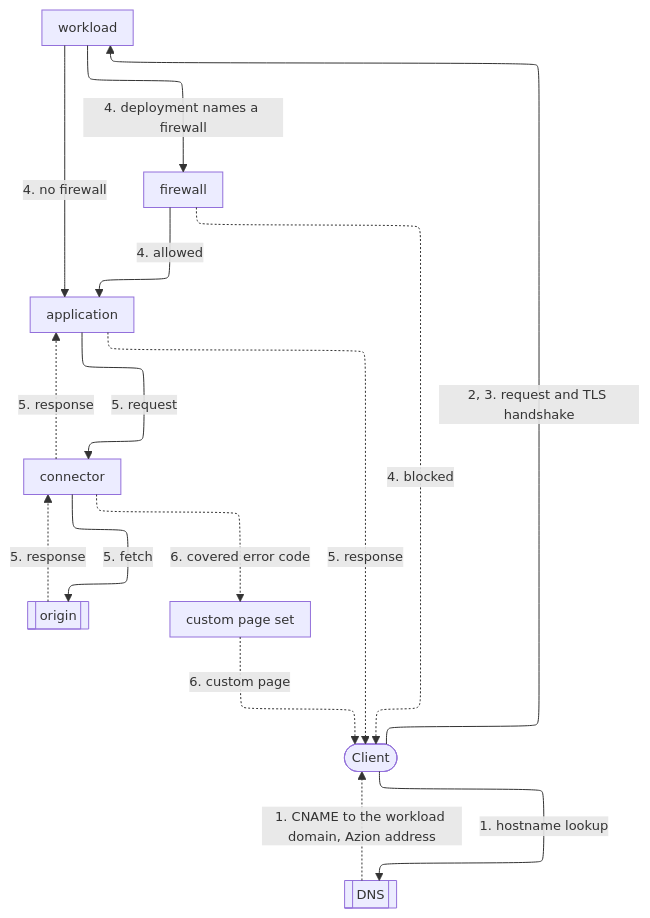
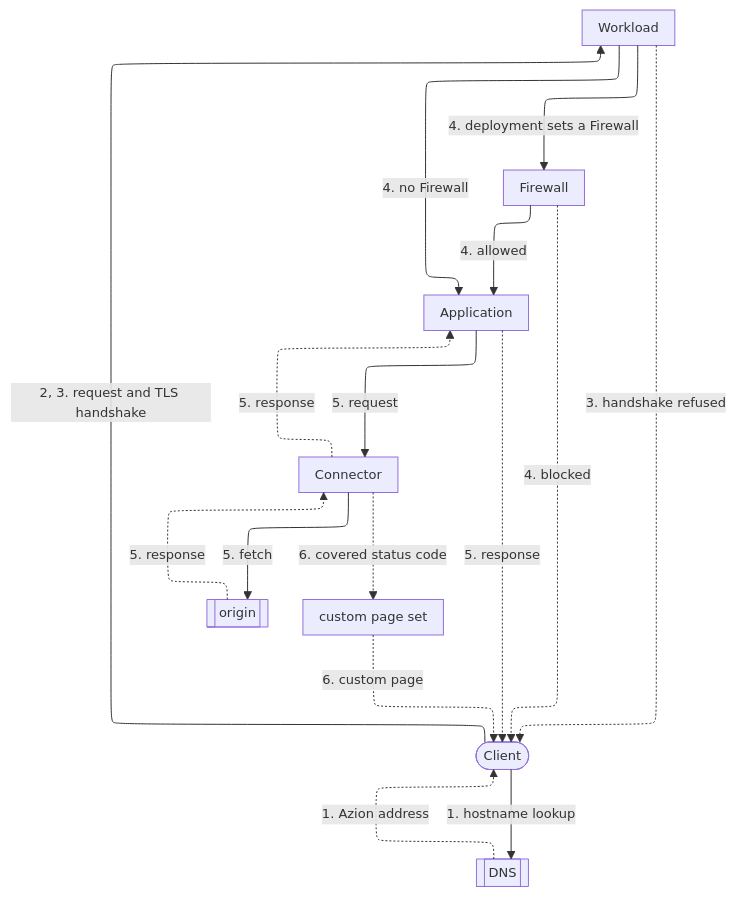
The diagram in apps/docs/src/content/docs/en/pages/main-menu/reference/secure/workloads/workloads.mdx (aziontech/docs), drawn with Mermaid before and after one commit. The commit also changed other lines of this file and 1 other file, not shown here.

````diff
--- a/apps/docs/src/content/docs/en/pages/main-menu/reference/secure/workloads/workloads.mdx
+++ b/apps/docs/src/content/docs/en/pages/main-menu/reference/secure/workloads/workloads.mdx
@@ -88,26 +31,27 @@
 ```mermaid
 %%{init: {"layout": "elk", "elk": {"preset": "modelOrder", "keepEntryNodeOnTop": true}, "themeVariables": {"fontSize": "13px"}, "flowchart": {"nodeSpacing": 24, "rankSpacing": 36, "padding": 8, "wrappingWidth": 150, "useMaxWidth": true}, "sequence": {"width": 120, "actorMargin": 30, "useMaxWidth": true}}}%%
 flowchart TD
   Client(["Client"])
   DNS[["DNS"]]
-  WL["workload"]
-  FW["firewall"]
-  App["application"]
-  Conn["connector"]
+  WL["Workload"]
+  FW["Firewall"]
+  App["Application"]
+  Conn["Connector"]
   Origin[["origin"]]
   CP["custom page set"]
   Client -->|"1. hostname lookup"| DNS
-  DNS -.->|"1. CNAME to the workload domain, Azion address"| Client
+  DNS -.->|"1. Azion address"| Client
   Client -->|"2, 3. request and TLS handshake"| WL
-  WL -->|"4. deployment names a firewall"| FW
-  WL -->|"4. no firewall"| App
+  WL -.->|"3. handshake refused"| Client
+  WL -->|"4. deployment sets a Firewall"| FW
+  WL -->|"4. no Firewall"| App
   FW -->|"4. allowed"| App
   FW -.->|"4. blocked"| Client
   App -->|"5. request"| Conn
   Conn -->|"5. fetch"| Origin
   Origin -.->|"5. response"| Conn
   Conn -.->|"5. response"| App
   App -.->|"5. response"| Client
-  Conn -.->|"6. covered error code"| CP
+  Conn -.->|"6. covered status code"| CP
   CP -.->|"6. custom page"| Client
 ```
````
